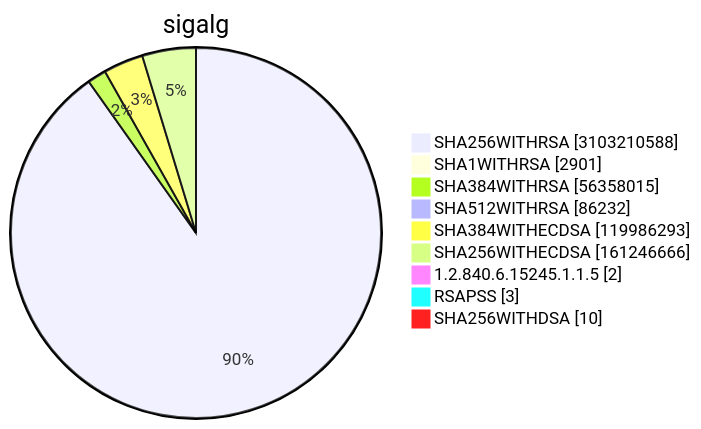
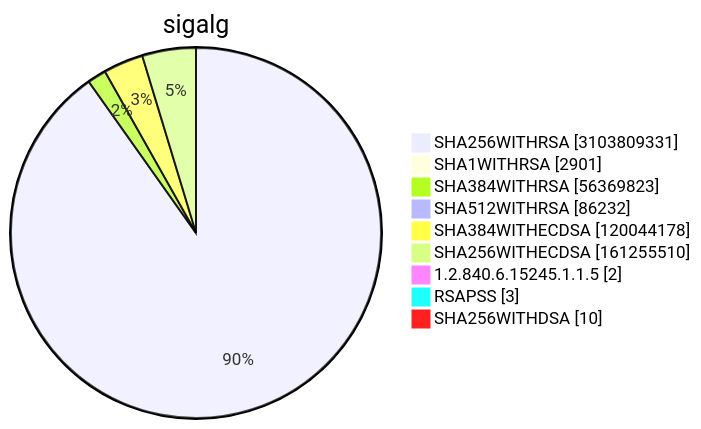
One commit to christiankrug/ctmonitor_visualization changed diagram 15 of 15 in TOTAL/README.md. Above: the diagram before and after it, drawn with Mermaid. The commit also changed other lines of this file, not shown here.

````diff
--- a/TOTAL/README.md
+++ b/TOTAL/README.md
@@ -6212,13 +6212,13 @@
 ```mermaid
 pie showData
 title sigalg
-"SHA256WITHRSA" :3103210588
+"SHA256WITHRSA" :3103809331
 "SHA1WITHRSA" :2901
-"SHA384WITHRSA" :56358015
+"SHA384WITHRSA" :56369823
 "SHA512WITHRSA" :86232
-"SHA384WITHECDSA" :119986293
-"SHA256WITHECDSA" :161246666
+"SHA384WITHECDSA" :120044178
+"SHA256WITHECDSA" :161255510
 "1.2.840.6.15245.1.1.5" :2
 "RSAPSS" :3
 "SHA256WITHDSA" :10
 ```
````
